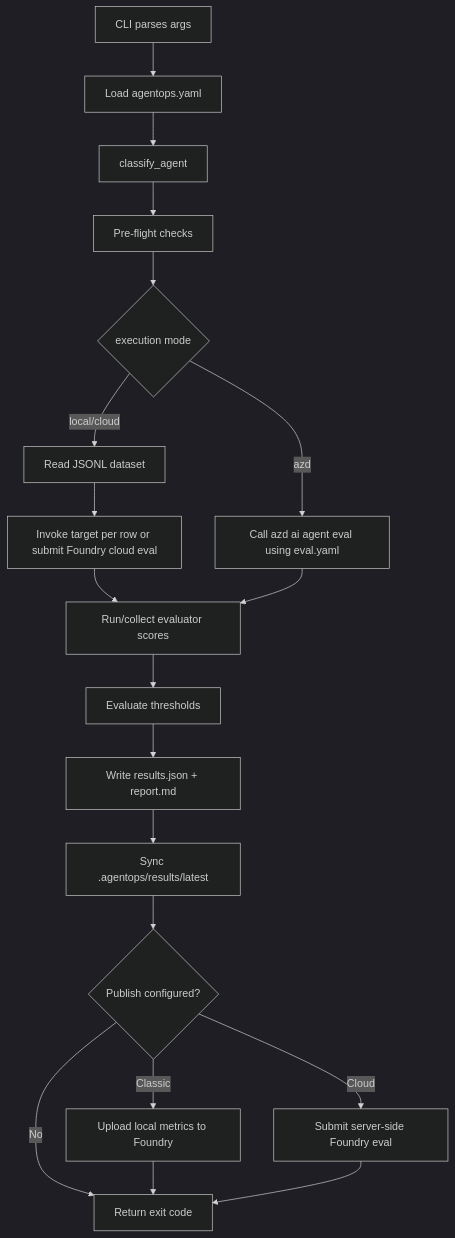
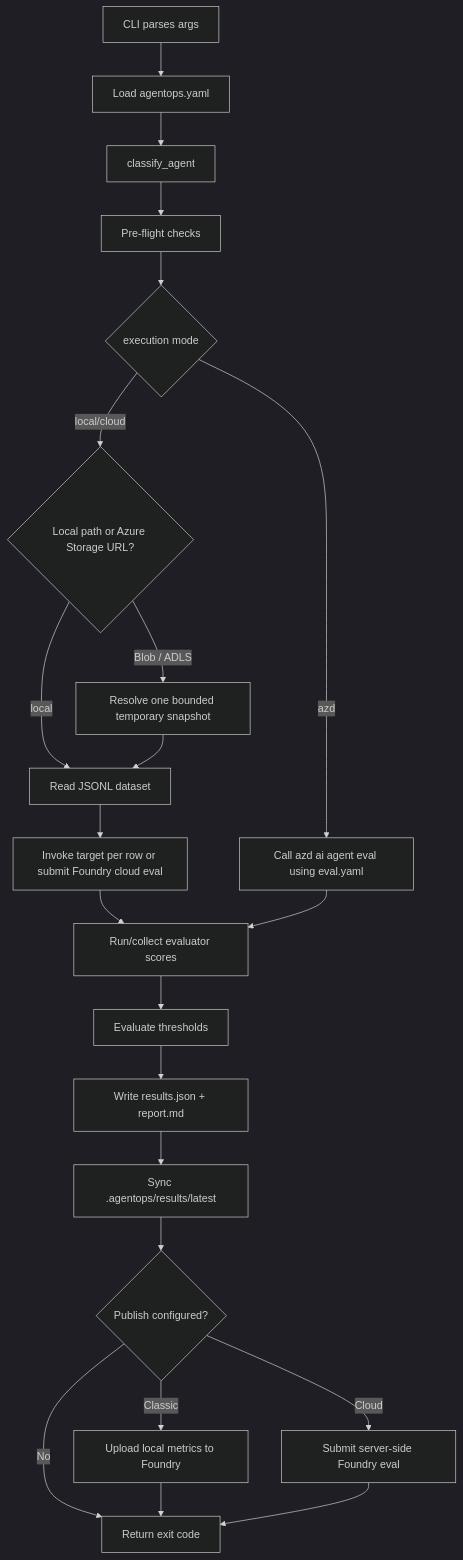
The second of 4 diagrams in docs/how-it-works.md (Azure/agentops), drawn with Mermaid (dark theme) before and after one commit. The commit also changed other lines of this file and 36 other files, not shown here.

First line of the commit message:
feat: support Azure Storage evaluation datasets

````diff
--- a/docs/how-it-works.md
+++ b/docs/how-it-works.md
@@ -140,21 +142,24 @@
 ```mermaid
 flowchart TD
     A["CLI parses args"] --> B["Load agentops.yaml"]
     B --> C["classify_agent"]
     C --> D["Pre-flight checks"]
     D --> E{"execution mode"}
-    E -->|local/cloud| F["Read JSONL dataset"]
+    E -->|local/cloud| DS{"Local path or Azure Storage URL?"}
+    DS -->|local| F["Read JSONL dataset"]
+    DS -->|Blob / ADLS| RS["Resolve one bounded temporary snapshot"]
+    RS --> F
     F --> G["Invoke target per row or submit Foundry cloud eval"]
     G --> H["Run/collect evaluator scores"]
     E -->|azd| AZD["Call azd ai agent eval using eval.yaml"]
     AZD --> H
     H --> I["Evaluate thresholds"]
     I --> J["Write results.json + report.md"]
     J --> K["Sync .agentops/results/latest"]
     K --> L{"Publish configured?"}
     L -->|Classic| M["Upload local metrics to Foundry"]
     L -->|Cloud| N["Submit server-side Foundry eval"]
     L -->|No| O["Return exit code"]
     M --> O
     N --> O
 ```
````
